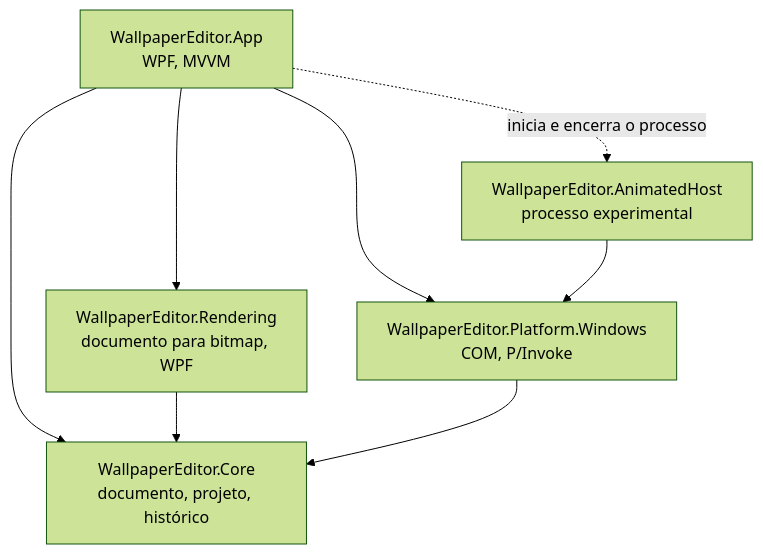
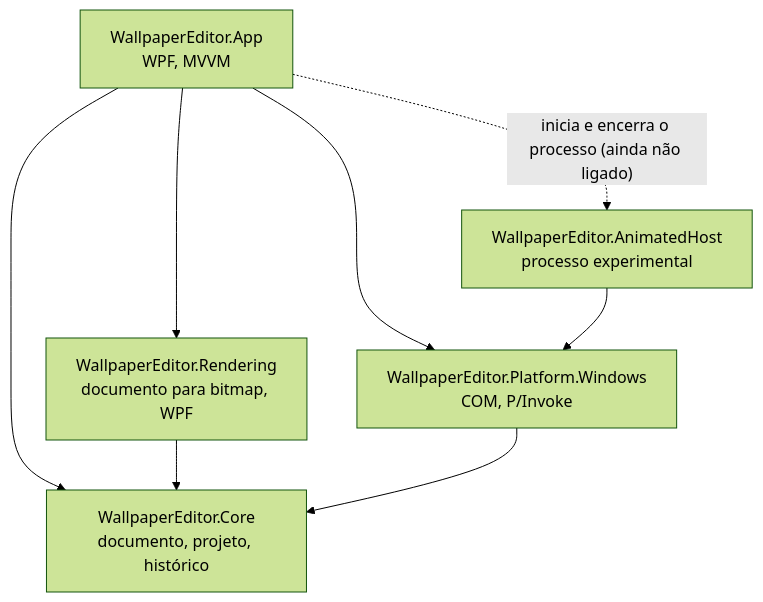
Before and after one commit to Sakamoto0110/WallpaperEditor: the first of 5 diagrams in docs/02-arquitetura.md, drawn with Mermaid (forest theme). The commit also changed other lines of this file and 20 other files, not shown here.

````diff
--- a/docs/02-arquitetura.md
+++ b/docs/02-arquitetura.md
@@ -16,16 +16,16 @@
 ```mermaid
 graph TD
     App["WallpaperEditor.App<br/>WPF, MVVM"]
     Core["WallpaperEditor.Core<br/>documento, projeto, histórico"]
     Rendering["WallpaperEditor.Rendering<br/>documento para bitmap, WPF"]
     Platform["WallpaperEditor.Platform.Windows<br/>COM, P/Invoke"]
     Host["WallpaperEditor.AnimatedHost<br/>processo experimental"]
 
     App --> Core
     App --> Rendering
     App --> Platform
     Rendering --> Core
     Platform --> Core
     Host --> Platform
-    App -. "inicia e encerra o processo" .-> Host
+    App -. "inicia e encerra o processo (ainda não ligado)" .-> Host
 ```
````
